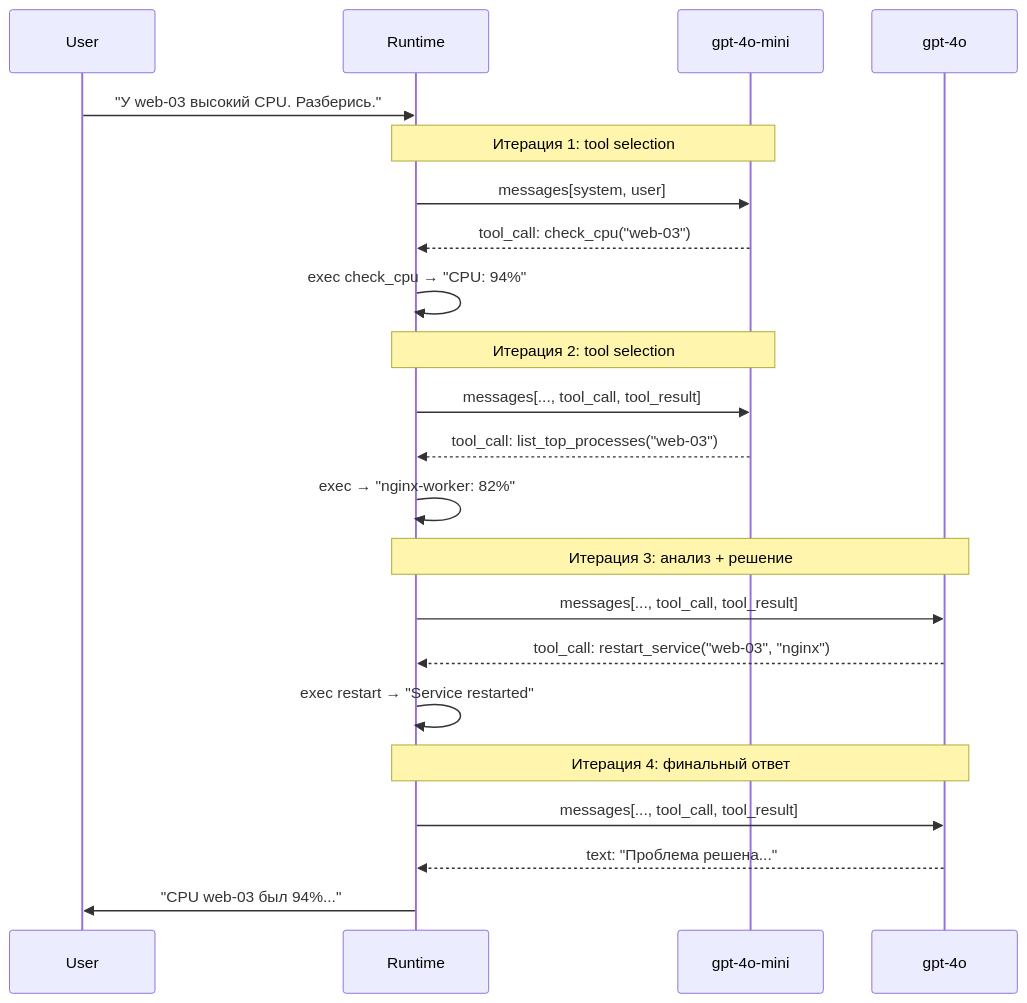
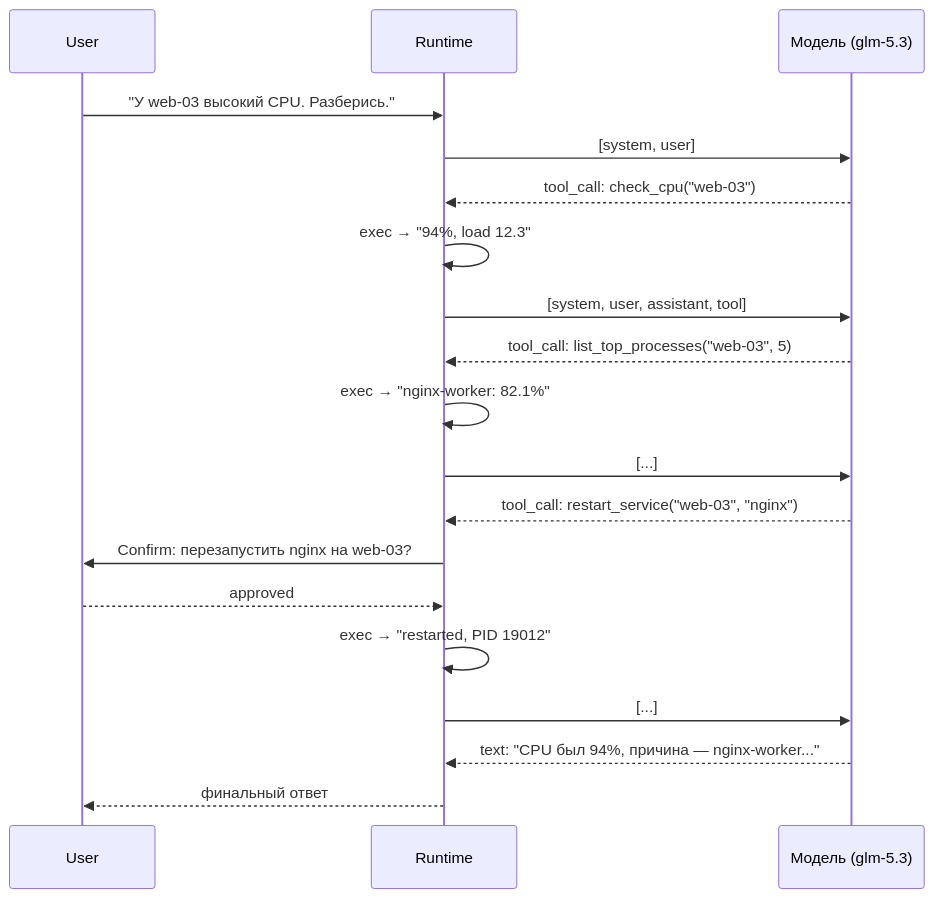
The diagram in translations/ru/book/04-autonomy-and-loops/README.md (kshvakov/ai-agent-course), drawn with Mermaid before and after one commit. The commit also changed other lines of this file and 32 other files, not shown here.

````diff
--- a/translations/ru/book/04-autonomy-and-loops/README.md
+++ b/translations/ru/book/04-autonomy-and-loops/README.md
@@ -494,31 +639,22 @@
 ```mermaid
 sequenceDiagram
     participant U as User
     participant R as Runtime
-    participant Mini as gpt-4o-mini
-    participant Pro as gpt-4o
+    participant M as Модель (glm-5.3)
 
     U->>R: "У web-03 высокий CPU. Разберись."
-
-    Note over R,Mini: Итерация 1: tool selection
-    R->>Mini: messages[system, user]
-    Mini-->>R: tool_call: check_cpu("web-03")
-    R->>R: exec check_cpu → "CPU: 94%"
-
-    Note over R,Mini: Итерация 2: tool selection
-    R->>Mini: messages[..., tool_call, tool_result]
-    Mini-->>R: tool_call: list_top_processes("web-03")
-    R->>R: exec → "nginx-worker: 82%"
-
-    Note over R,Pro: Итерация 3: анализ + решение
-    R->>Pro: messages[..., tool_call, tool_result]
-    Pro-->>R: tool_call: restart_service("web-03", "nginx")
-
-    R->>R: exec restart → "Service restarted"
-
-    Note over R,Pro: Итерация 4: финальный ответ
-    R->>Pro: messages[..., tool_call, tool_result]
-    Pro-->>R: text: "Проблема решена..."
-
-    R->>U: "CPU web-03 был 94%..."
+    R->>M: [system, user]
+    M-->>R: tool_call: check_cpu("web-03")
+    R->>R: exec → "94%, load 12.3"
+    R->>M: [system, user, assistant, tool]
+    M-->>R: tool_call: list_top_processes("web-03", 5)
+    R->>R: exec → "nginx-worker: 82.1%"
+    R->>M: [...]
+    M-->>R: tool_call: restart_service("web-03", "nginx")
+    R->>U: Confirm: перезапустить nginx на web-03?
+    U-->>R: approved
+    R->>R: exec → "restarted, PID 19012"
+    R->>M: [...]
+    M-->>R: text: "CPU был 94%, причина — nginx-worker..."
+    R-->>U: финальный ответ
 ```
````
